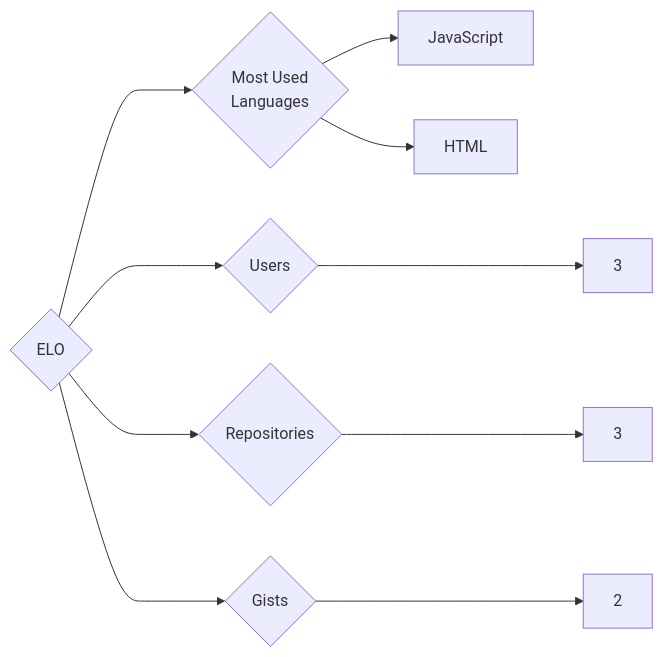
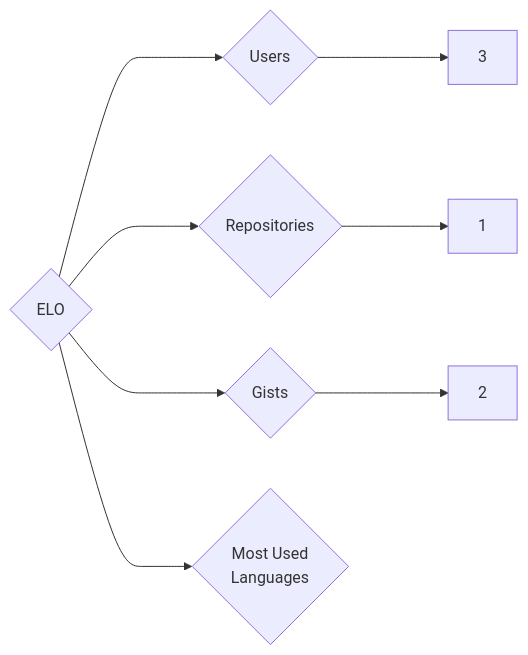
Before and after one commit to trickest/insiders: the diagram in targets/ELO/README.md, drawn with Mermaid. The commit also changed 1055 other files, not shown here.

````diff
--- a/targets/ELO/README.md
+++ b/targets/ELO/README.md
@@ -3,10 +3,8 @@
 ```mermaid
 graph LR
 COMPANY_NAME{ELO}
 COMPANY_NAME ---> U{Users} ---> UN[3]
-COMPANY_NAME ---> R{Repositories} ---> RN[3]
+COMPANY_NAME ---> R{Repositories} ---> RN[1]
 COMPANY_NAME ---> G{Gists} ---> GN[2]
 COMPANY_NAME ---> ML{Most Used<br>Languages}
-ML --> JavaScript[JavaScript]
-ML --> HTML[HTML]
 ```
````
